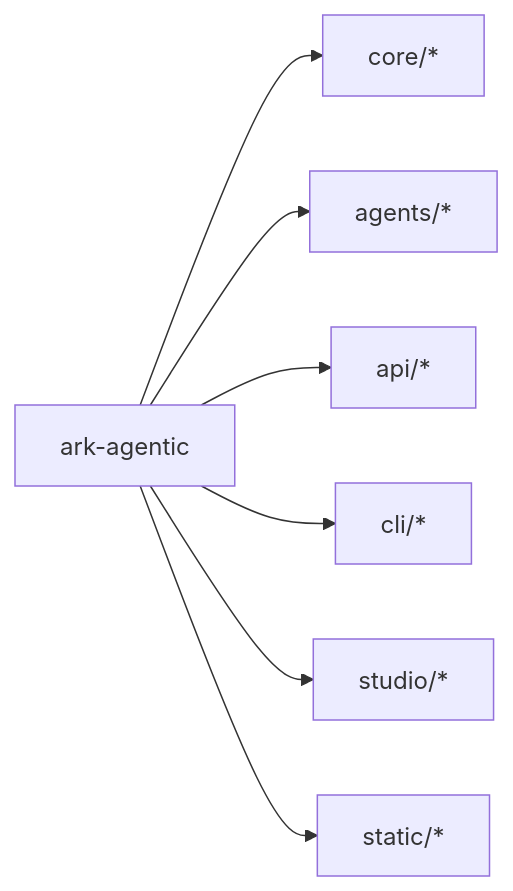
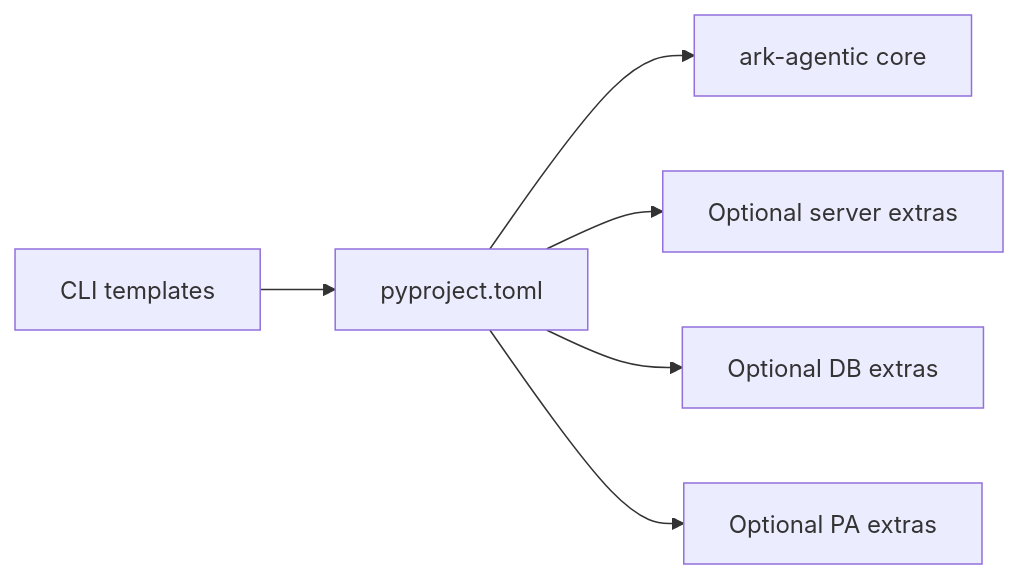
One commit to YU-JI-KUI/ark-agentic changed the fifth of 5 diagrams in repowiki/en/content/Getting Started.md. Above: the diagram before and after it, drawn with Mermaid. The commit also changed other lines of this file and 116 other files, not shown here.

Commit message:
Refactor README structure and content for clarity; remove outdated CLI and utilities documentation. Introduce new API Reference and CLI Tooling documents to enhance user guidance and project organization.

````diff
--- a/repowiki/en/content/Getting Started.md
+++ b/repowiki/en/content/Getting Started.md
@@ -341,9 +274,8 @@
 ```mermaid
 graph LR
-Framework["ark-agentic"] --> Core["core/*"]
-Framework --> Agents["agents/*"]
-Framework --> API["api/*"]
-Framework --> CLI["cli/*"]
-Framework --> Studio["studio/*"]
-Framework --> Static["static/*"]
+P["pyproject.toml"] --> Core["ark-agentic core"]
+P --> Server["Optional server extras"]
+P --> DB["Optional DB extras"]
+P --> PA["Optional PA extras"]
+CLI["CLI templates"] --> P
 ```
````
